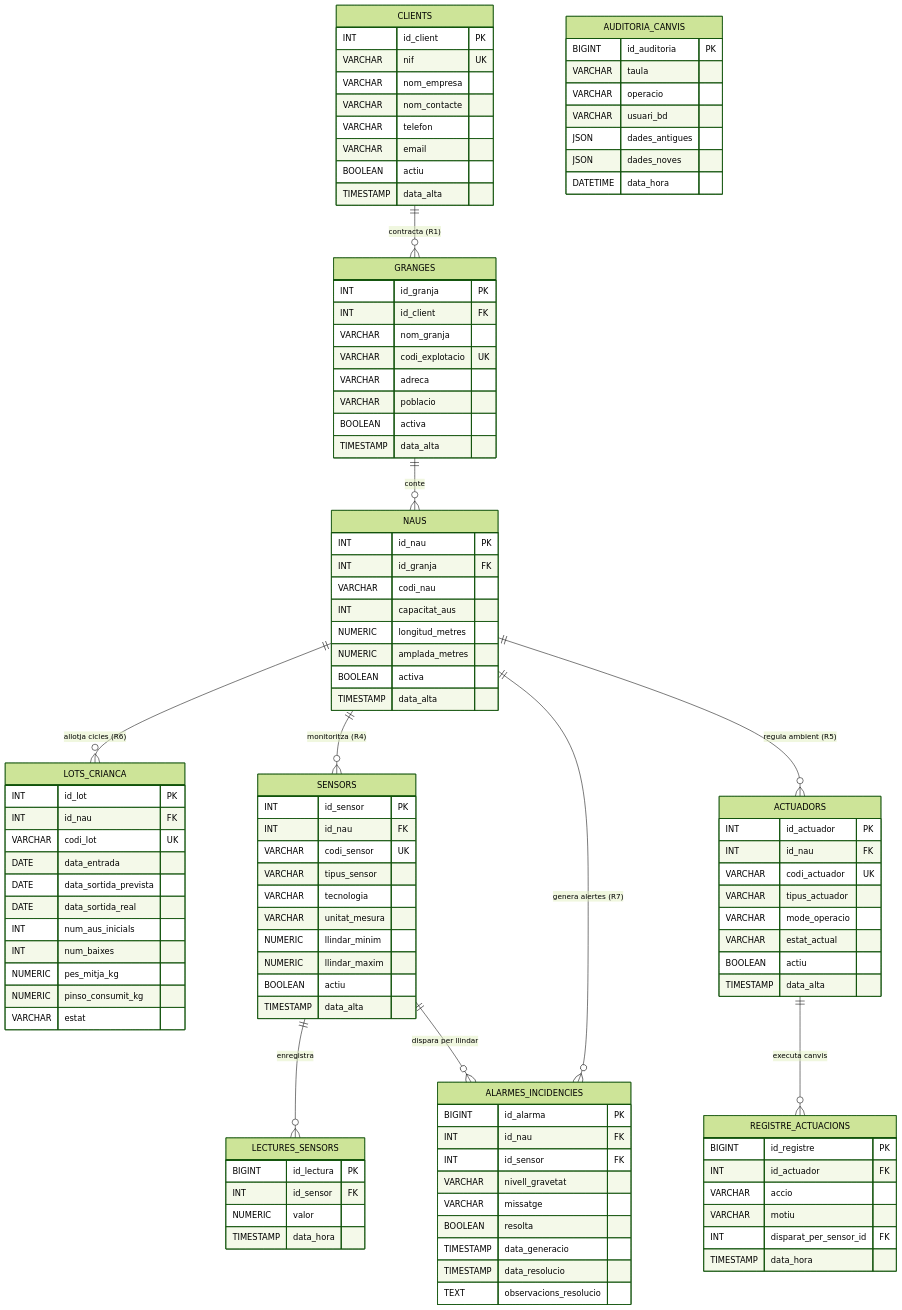
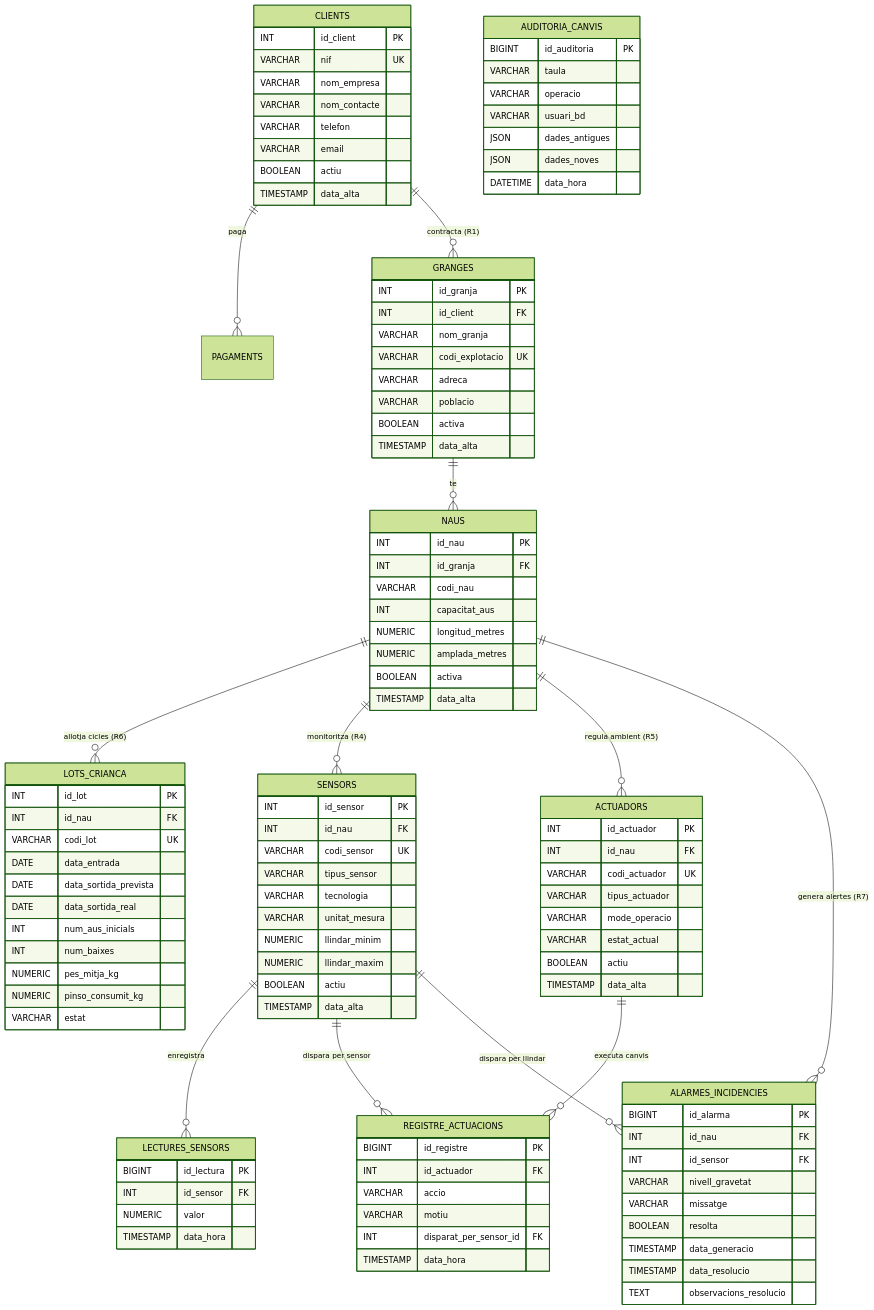
One commit to JoanGarcia25/avigest-projecte changed the diagram in bd/model-er/model_er.md. Above: the diagram before and after it, drawn with Mermaid (forest theme). The commit also changed other lines of this file and 19 other files, not shown here.

````diff
--- a/bd/model-er/model_er.md
+++ b/bd/model-er/model_er.md
@@ -9,13 +27,15 @@
 ```mermaid
 erDiagram
+    CLIENTS ||--o{ PAGAMENTS : "paga"
     CLIENTS ||--o{ GRANGES : "contracta (R1)"
-    GRANGES ||--o{ NAUS : "conte"
+    GRANGES ||--o{ NAUS : "te"
     NAUS ||--o{ LOTS_CRIANCA : "allotja cicles (R6)"
     NAUS ||--o{ SENSORS : "monitoritza (R4)"
     NAUS ||--o{ ACTUADORS : "regula ambient (R5)"
     NAUS ||--o{ ALARMES_INCIDENCIES : "genera alertes (R7)"
     SENSORS ||--o{ LECTURES_SENSORS : "enregistra"
     ACTUADORS ||--o{ REGISTRE_ACTUACIONS : "executa canvis"
+    SENSORS ||--o{ REGISTRE_ACTUACIONS : "dispara per sensor"
     SENSORS ||--o{ ALARMES_INCIDENCIES : "dispara per llindar"
 
     CLIENTS {
````
